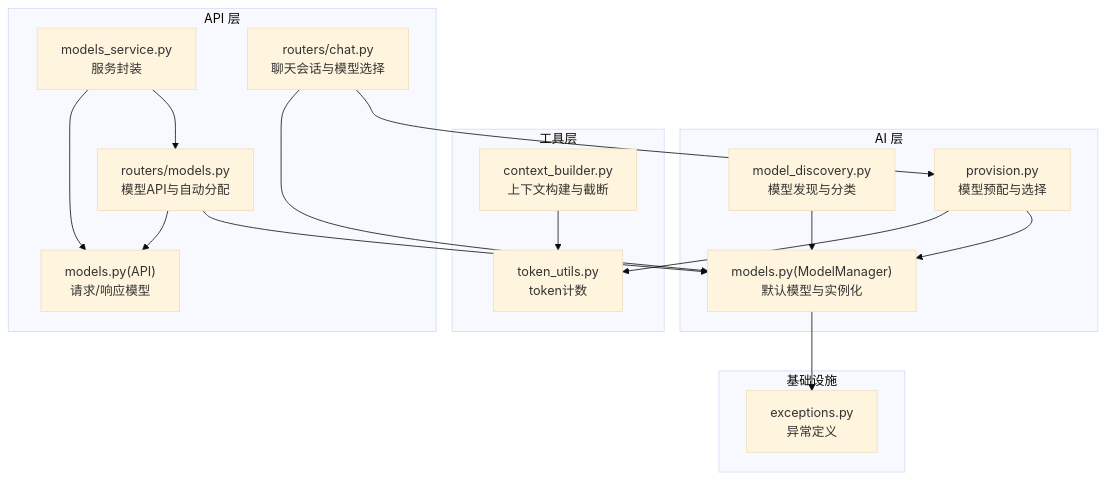
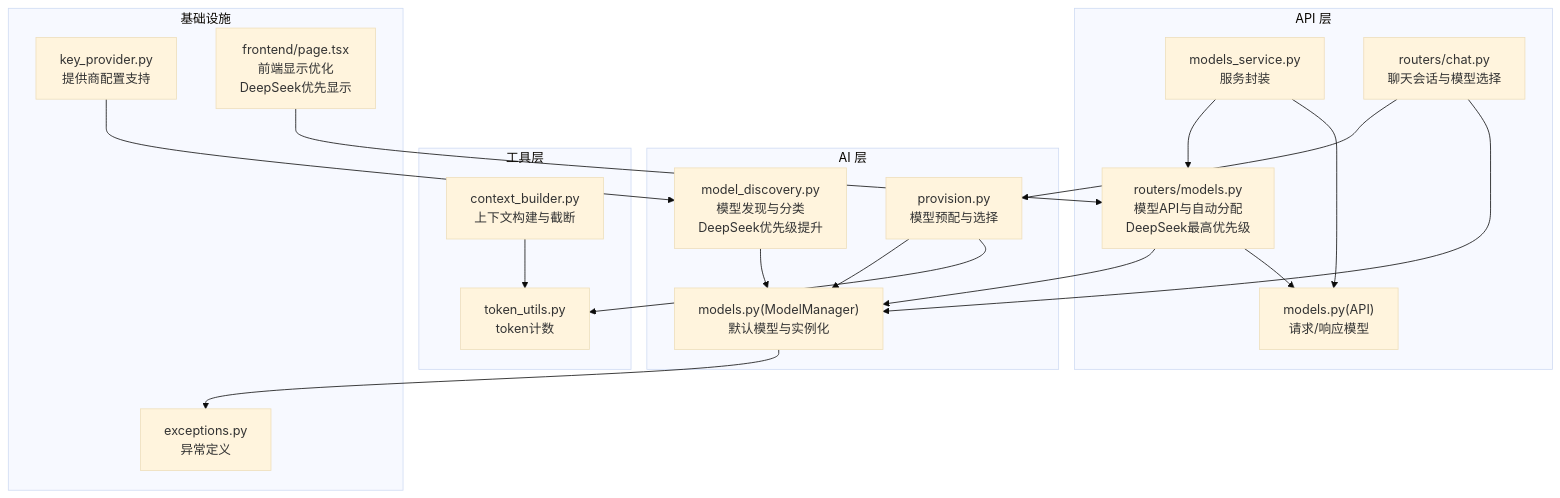
One commit to jackeyunjie/open-notebook changed the first of 7 diagrams in .qoder/repowiki/zh/content/后端架构/AI服务集成/模型发现与选择.md. Above: the diagram before and after it, drawn with Mermaid (base theme). The commit also changed other lines of this file and 89 other files, not shown here.

````diff
--- a/.qoder/repowiki/zh/content/后端架构/AI服务集成/模型发现与选择.md
+++ b/.qoder/repowiki/zh/content/后端架构/AI服务集成/模型发现与选择.md
@@ -44,32 +54,36 @@
 ```mermaid
 graph TB
 subgraph "AI 层"
-MD["model_discovery.py<br/>模型发现与分类"]
+MD["model_discovery.py<br/>模型发现与分类<br/>DeepSeek优先级提升"]
 MM["models.py(ModelManager)<br/>默认模型与实例化"]
 PR["provision.py<br/>模型预配与选择"]
 end
 subgraph "工具层"
 TU["token_utils.py<br/>token计数"]
 CB["context_builder.py<br/>上下文构建与截断"]
 end
 subgraph "API 层"
-MR["routers/models.py<br/>模型API与自动分配"]
+MR["routers/models.py<br/>模型API与自动分配<br/>DeepSeek最高优先级"]
 MS["models_service.py<br/>服务封装"]
 API["models.py(API)<br/>请求/响应模型"]
 CHAT["routers/chat.py<br/>聊天会话与模型选择"]
 end
 subgraph "基础设施"
 EX["exceptions.py<br/>异常定义"]
+KP["key_provider.py<br/>提供商配置支持"]
+FR["frontend/page.tsx<br/>前端显示优化<br/>DeepSeek优先显示"]
 end
 MD --> MM
 PR --> MM
 PR --> TU
 CB --> TU
 MR --> MM
 MS --> MR
 CHAT --> PR
 CHAT --> MM
 MR --> API
 MS --> API
 MM --> EX
+KP --> MD
+FR --> MR
 ```
````
